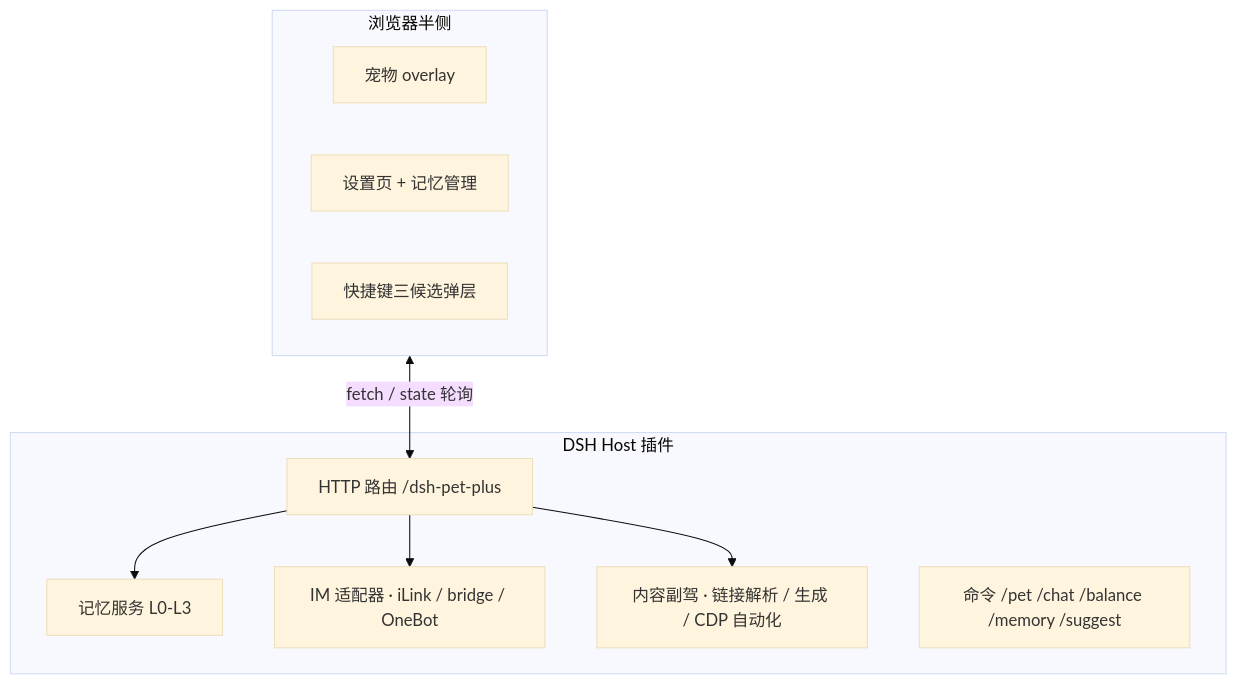
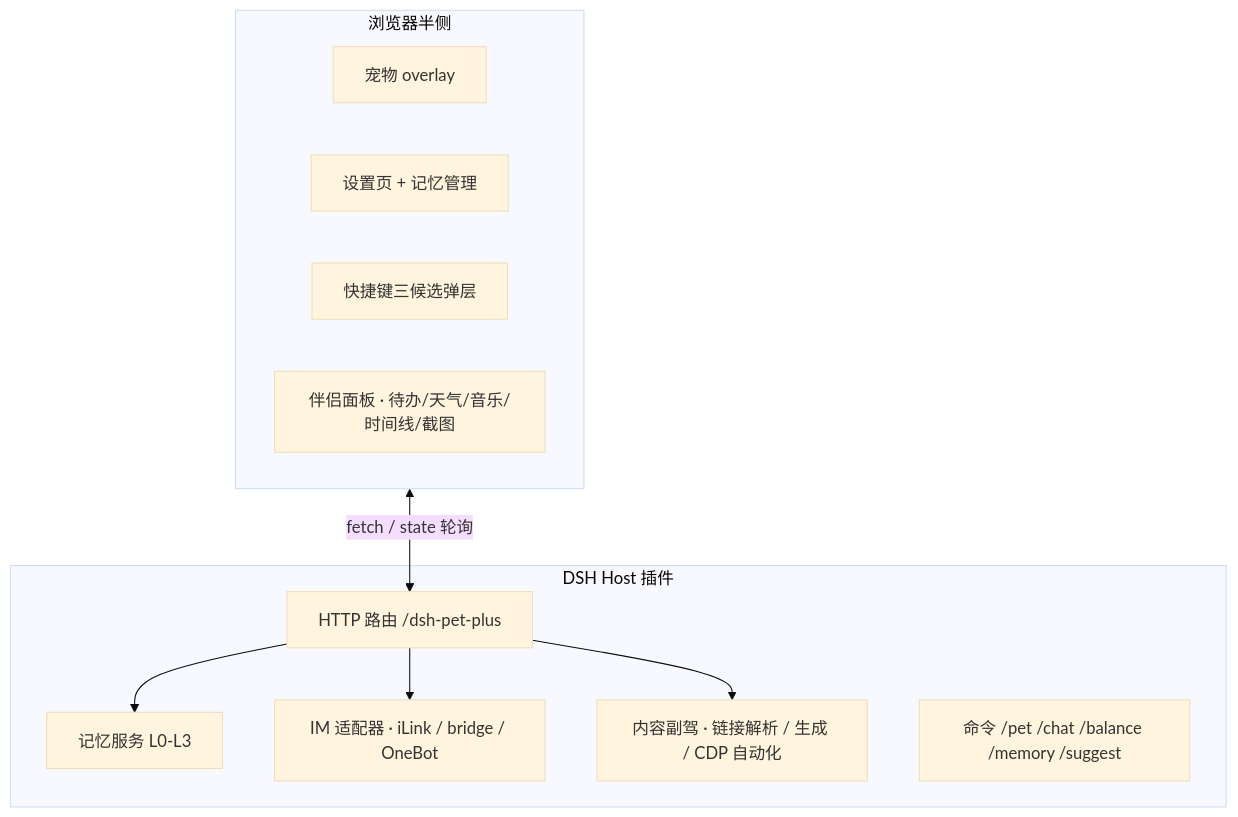
Before and after one commit to ZhengYitong2333/dsh-pet-plus: the second of 2 diagrams in README.md, drawn with Mermaid (base theme). The commit also changed other lines of this file and 7 other files, not shown here.

````diff
--- a/README.md
+++ b/README.md
@@ -150,19 +165,20 @@
 ```mermaid
 flowchart TB
   subgraph Host[DSH Host 插件]
     R[HTTP 路由 /dsh-pet-plus]
     M[记忆服务 L0-L3]
     I[IM 适配器 · iLink / bridge / OneBot]
     C[内容副驾 · 链接解析 / 生成 / CDP 自动化]
     K[命令 /pet /chat /balance /memory /suggest]
   end
   subgraph Client[浏览器半侧]
     O[宠物 overlay]
     S[设置页 + 记忆管理]
     H[快捷键三候选弹层]
+    P[伴侣面板 · 待办/天气/音乐/时间线/截图]
   end
   R --> M
   R --> I
   R --> C
   Client <-->|fetch / state 轮询| R
 ```
````
